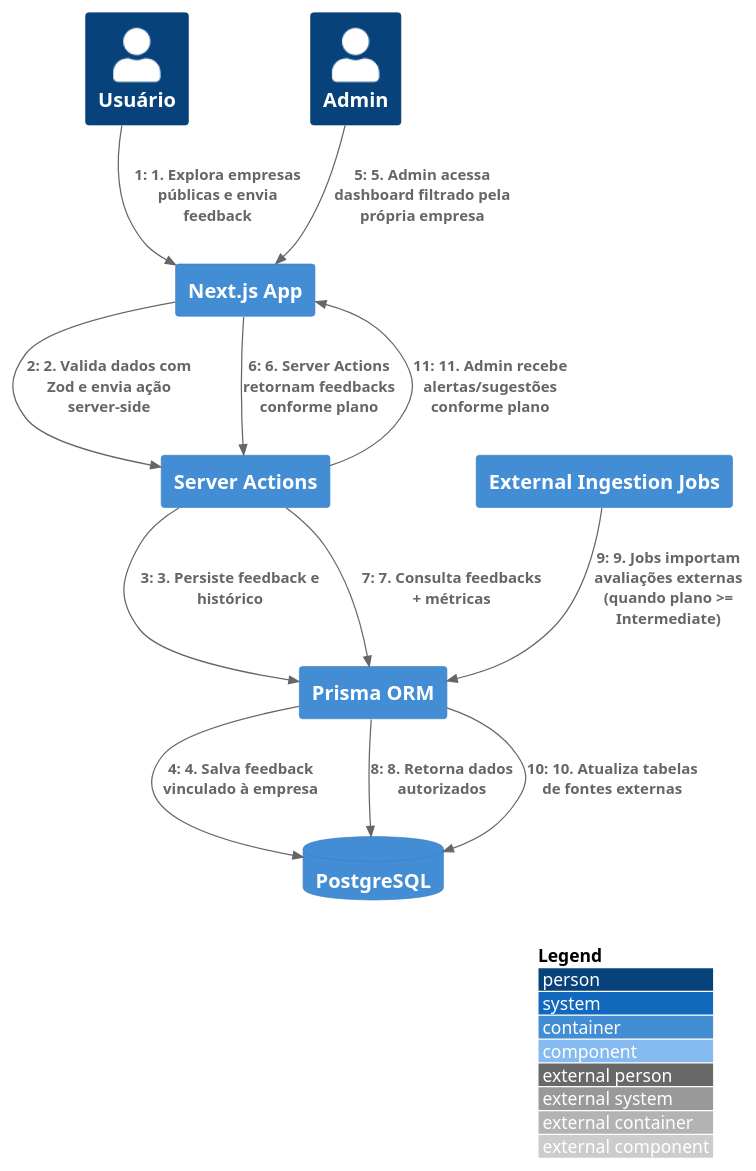
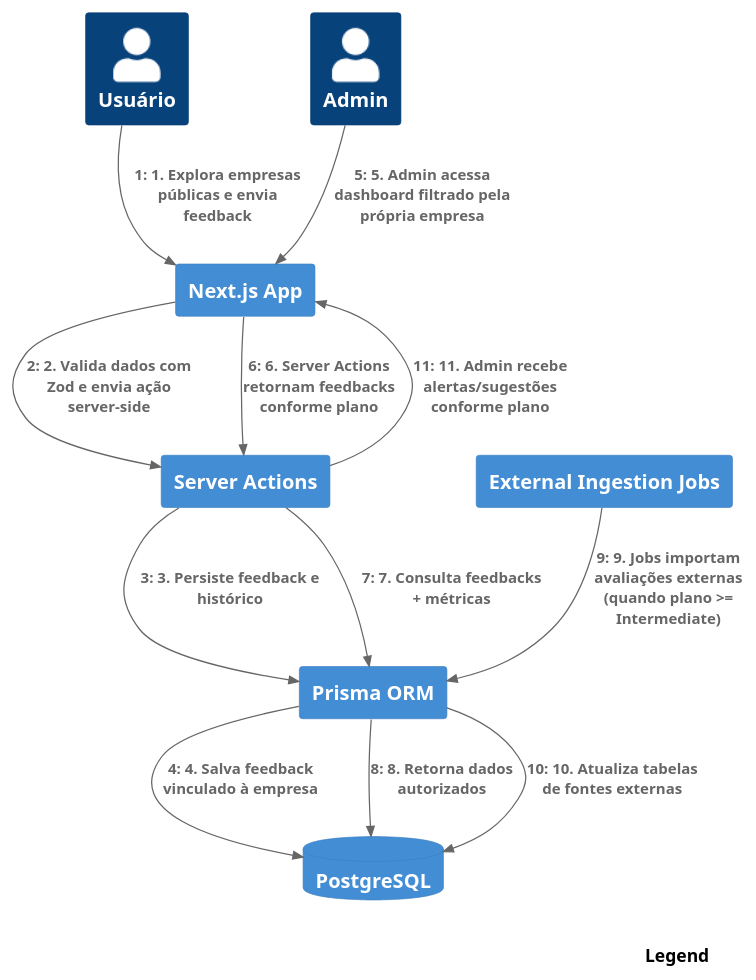
Before and after one commit to viniciusidacruz/trusthub-monorepo: the fourth of 4 diagrams in docs/c4/trusthub-c4.puml, drawn with PlantUML. The commit also changed other lines of this file, not shown here.

Commit message:
Fix PlantUML layout for C4 diagrams

```diff
--- a/docs/c4/trusthub-c4.puml
+++ b/docs/c4/trusthub-c4.puml
@@ -78,24 +81,25 @@
 @startuml TrustHub_Dynamic
 !includeurl https://raw.githubusercontent.com/plantuml-stdlib/C4-PlantUML/master/C4_Dynamic.puml
-LAYOUT_WITH_LEGEND()
+LAYOUT_TOP_DOWN()
+SHOW_LEGEND()
 
 Person(user, "Usuário")
 Person(admin, "Admin")
 Container(nextApp, "Next.js App")
 Container(serverActions, "Server Actions")
 Container(prisma, "Prisma ORM")
 ContainerDb(database, "PostgreSQL")
 Container(externalIngest, "External Ingestion Jobs")
 
 Rel(user, nextApp, "1. Explora empresas públicas e envia feedback")
 Rel(nextApp, serverActions, "2. Valida dados com Zod e envia ação server-side")
 Rel(serverActions, prisma, "3. Persiste feedback e histórico")
 Rel(prisma, database, "4. Salva feedback vinculado à empresa")
 Rel(admin, nextApp, "5. Admin acessa dashboard filtrado pela própria empresa")
 Rel(nextApp, serverActions, "6. Server Actions retornam feedbacks conforme plano")
 Rel(serverActions, prisma, "7. Consulta feedbacks + métricas")
 Rel(prisma, database, "8. Retorna dados autorizados")
 Rel(externalIngest, prisma, "9. Jobs importam avaliações externas (quando plano >= Intermediate)")
 Rel(prisma, database, "10. Atualiza tabelas de fontes externas")
 Rel(serverActions, nextApp, "11. Admin recebe alertas/sugestões conforme plano")
 @enduml
```
